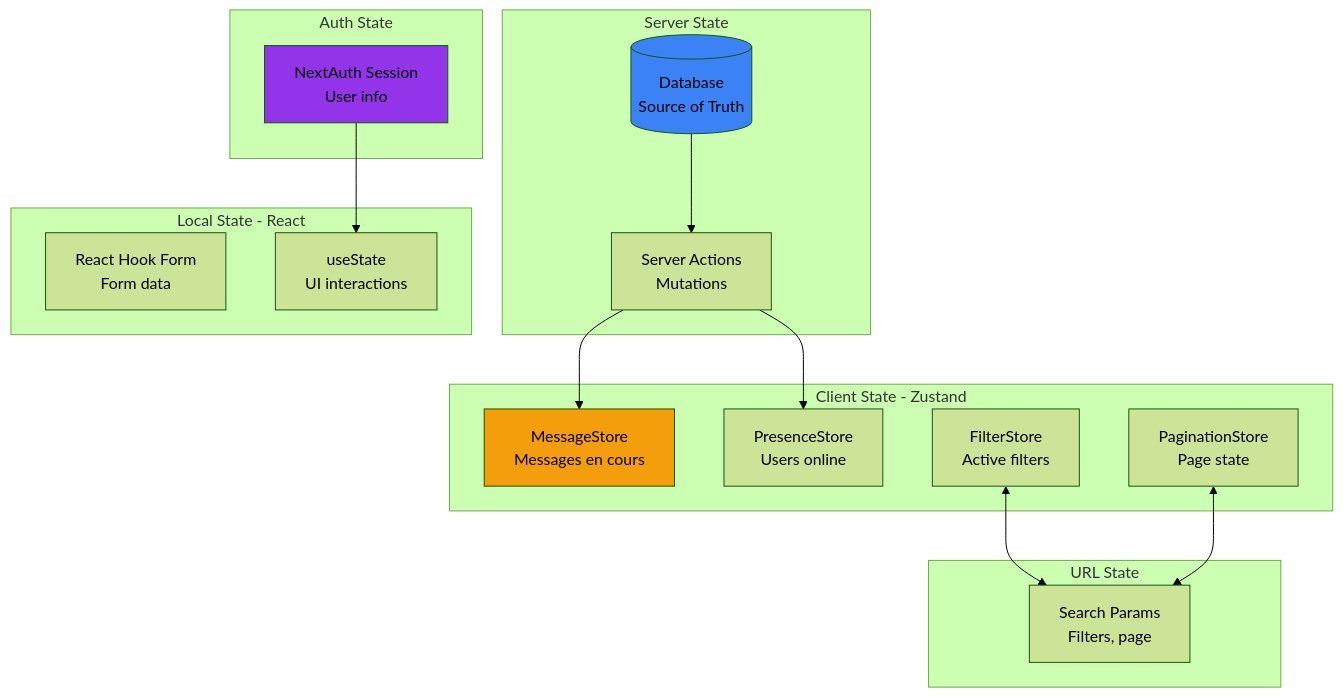
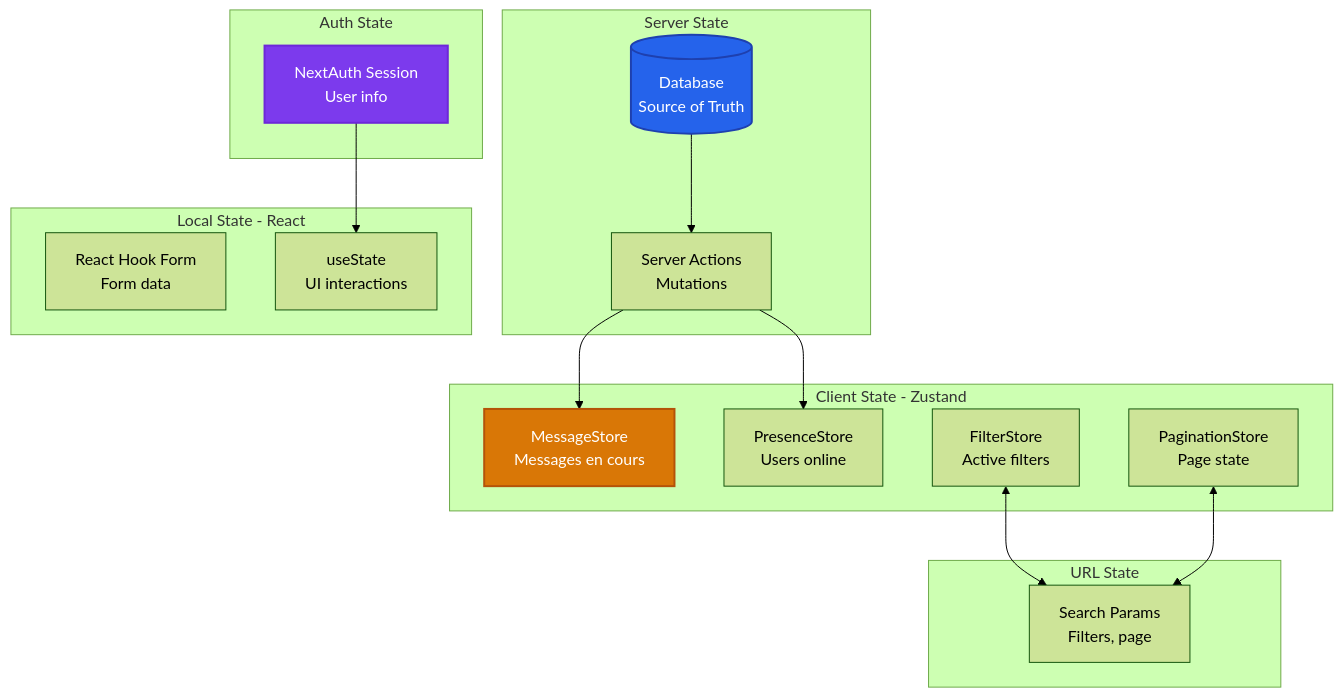
Before and after one commit to inskillflow/next-auth-demo-2-match: diagram 25 of 32 in documentation/16-diagrammes-architecture.md, drawn with Mermaid (forest theme). The commit also changed other lines of this file, not shown here.

````diff
--- a/documentation/16-diagrammes-architecture.md
+++ b/documentation/16-diagrammes-architecture.md
@@ -1104,40 +1104,40 @@
 ```mermaid
 graph TB
     subgraph "Server State"
         Database[(Database<br/>Source of Truth)]
         ServerActions[Server Actions<br/>Mutations]
     end
     
     subgraph "Client State - Zustand"
         Messages[MessageStore<br/>Messages en cours]
         Presence[PresenceStore<br/>Users online]
         Filters[FilterStore<br/>Active filters]
         Pagination[PaginationStore<br/>Page state]
     end
     
     subgraph "Local State - React"
         FormState[React Hook Form<br/>Form data]
         UIState[useState<br/>UI interactions]
     end
     
     subgraph "URL State"
         SearchParams[Search Params<br/>Filters, page]
     end
     
     subgraph "Auth State"
         Session[NextAuth Session<br/>User info]
     end
     
     Database --> ServerActions
     ServerActions --> Messages
     ServerActions --> Presence
     
     Filters <--> SearchParams
     Pagination <--> SearchParams
     
     Session --> UIState
     
-    style Database fill:#3b82f6
-    style Messages fill:#f59e0b
-    style Session fill:#9333ea
+    style Database fill:#2563eb,stroke:#1e40af,stroke-width:2px,color:#fff
+    style Messages fill:#d97706,stroke:#b45309,stroke-width:2px,color:#fff
+    style Session fill:#7c3aed,stroke:#6d28d9,stroke-width:2px,color:#fff
 ```
````
